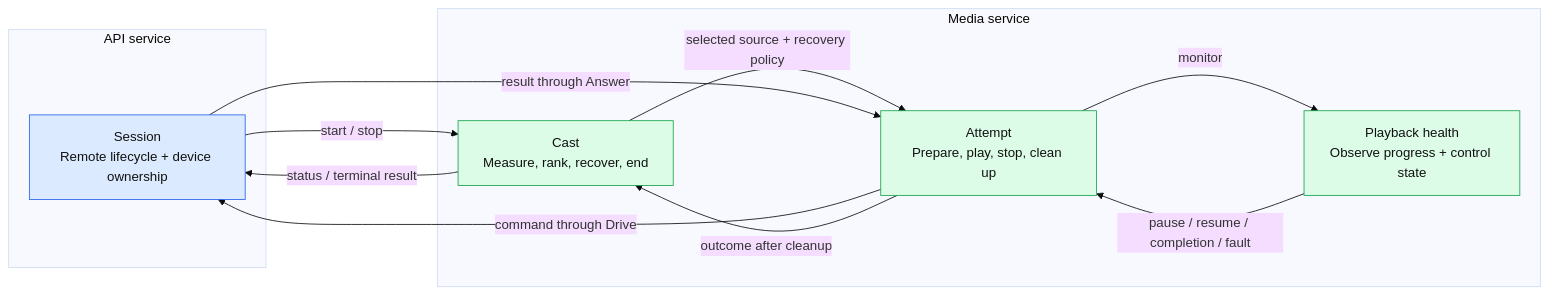
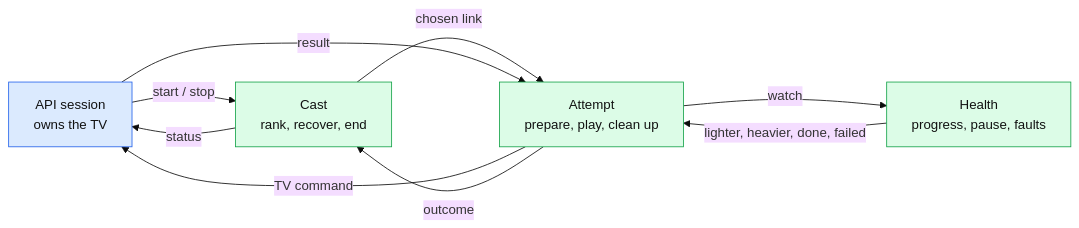
One commit to stupside/castor changed the second of 4 diagrams in ARCHITECTURE.md. Above: the diagram before and after it, drawn with Mermaid (base theme). The commit also changed other lines of this file, not shown here.

Commit message:
docs(architecture): update the architecture documentation

````diff
--- a/ARCHITECTURE.md
+++ b/ARCHITECTURE.md
@@ -56,25 +48,15 @@
 ```mermaid
 flowchart LR
-    subgraph apiS["API service"]
-        session["Session<br/>Remote lifecycle + device ownership"]
-    end
-    subgraph mediaS["Media service"]
-        cast["Cast<br/>Measure, rank, recover, end"]
-        attempt["Attempt<br/>Prepare, play, stop, clean up"]
-        health["Playback health<br/>Observe progress + control state"]
-    end
-    session -- start / stop --> cast
-    cast -- selected source + recovery policy --> attempt
-    attempt -- monitor --> health
-    health -- pause / resume / completion / fault --> attempt
-    attempt -- command through Drive --> session
-    session -- result through Answer --> attempt
-    attempt -- outcome after cleanup --> cast
-    cast -- status / terminal result --> session
+    session["API session<br/>owns the TV"] -- start / stop --> cast["Cast<br/>rank, recover, end"]
+    cast -- chosen link --> attempt["Attempt<br/>prepare, play, clean up"]
+    attempt -- watch --> health["Health<br/>progress, pause, faults"]
+    health -- lighter, heavier, done, failed --> attempt
+    attempt -- TV command --> session
+    session -- result --> attempt
+    attempt -- outcome --> cast
+    cast -- status --> session
     classDef apiNode fill:#dbeafe,stroke:#2563eb,color:#111
     classDef mediaNode fill:#dcfce7,stroke:#16a34a,color:#111
-    classDef scrapeNode fill:#ffedd5,stroke:#ea580c,color:#111
-    classDef outside fill:#f3f4f6,stroke:#6b7280,color:#111
     class session apiNode
     class cast,attempt,health mediaNode
 ```
````
